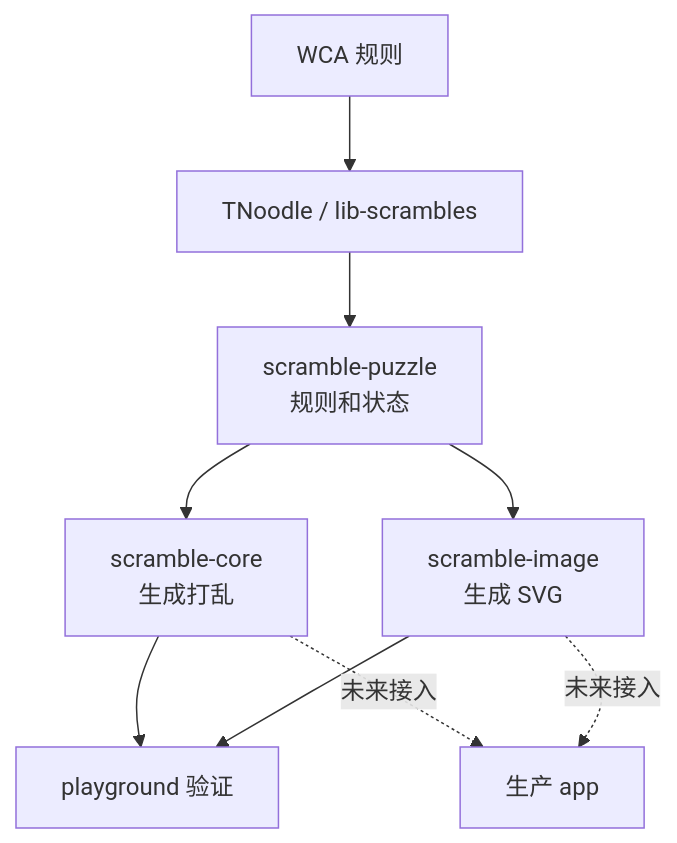
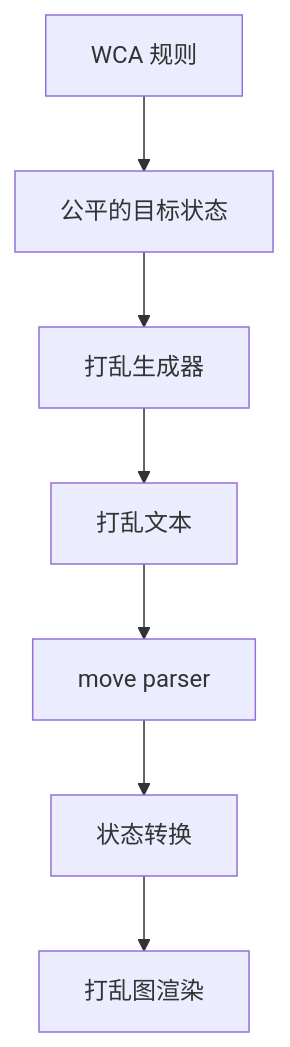
Before and after one commit to deweyou/cube-kit: the diagram in apps/scramble-docs/docs/zh/index.md, drawn with Mermaid. The commit also changed other lines of this file and 27 other files, not shown here.

````diff
--- a/apps/scramble-docs/docs/zh/index.md
+++ b/apps/scramble-docs/docs/zh/index.md
@@ -7,11 +7,9 @@
 ```mermaid
 flowchart TD
-    WCA["WCA 规则"] --> TNoodle["TNoodle / lib-scrambles"]
-    TNoodle --> Puzzle["scramble-puzzle<br/>规则和状态"]
-    Puzzle --> Core["scramble-core<br/>生成打乱"]
-    Puzzle --> Image["scramble-image<br/>生成 SVG"]
-    Core --> Playground["playground 验证"]
-    Image --> Playground
-    Core -. "未来接入" .-> Apps["生产 app"]
-    Image -. "未来接入" .-> Apps
+    Rules["WCA 规则"] --> Fairness["公平的目标状态"]
+    Fairness --> Generator["打乱生成器"]
+    Generator --> Text["打乱文本"]
+    Text --> Parser["move parser"]
+    Parser --> State["状态转换"]
+    State --> Image["打乱图渲染"]
 ```
````
